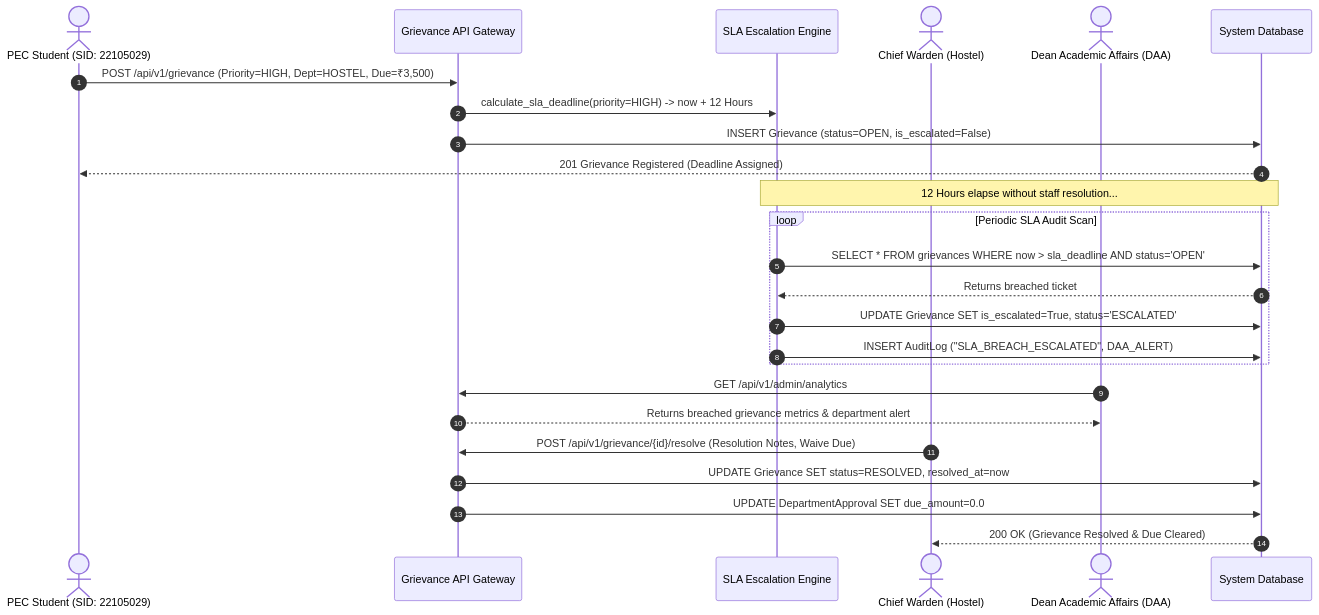
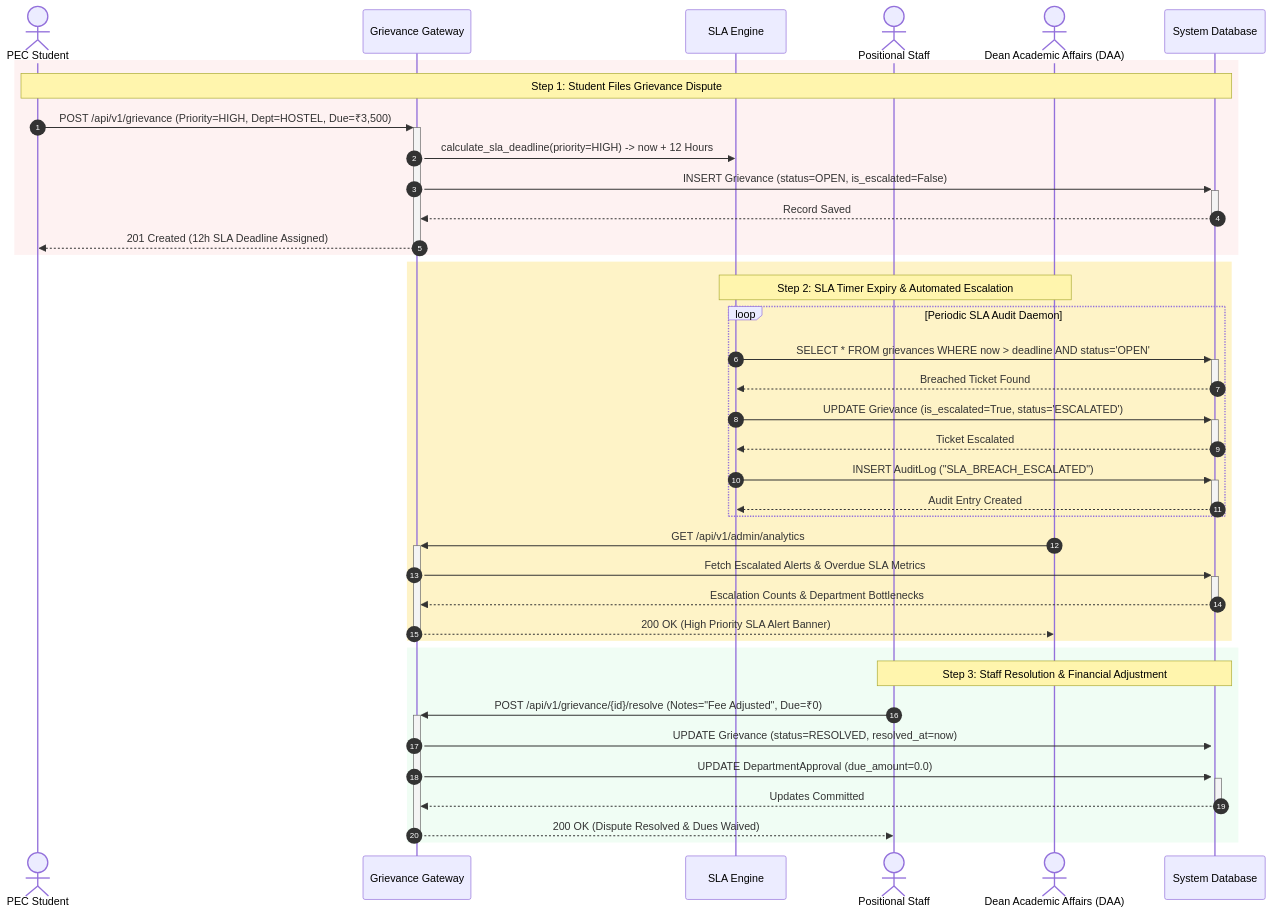
One commit to rags-git/clearance-automation-engine changed the sixth of 9 diagrams in docs/UML_DIAGRAMS.md. Above: the diagram before and after it, drawn with Mermaid. The commit also changed other lines of this file and 1 other file, not shown here.

Commit message:
docs(uml): enhance visual clarity of Sequence Diagrams with grouped colored stages and clean activations

````diff
--- a/docs/UML_DIAGRAMS.md
+++ b/docs/UML_DIAGRAMS.md
@@ -381,32 +406,48 @@
 ```mermaid
 sequenceDiagram
     autonumber
-    actor Student as PEC Student (SID: 22105029)
-    participant API as Grievance API Gateway
-    participant SLA as SLA Escalation Engine
-    actor Warden as Chief Warden (Hostel)
+    actor Student as PEC Student
+    participant API as Grievance Gateway
+    participant SLA as SLA Engine
+    actor Staff as Positional Staff
     actor DAA as Dean Academic Affairs (DAA)
     participant DB as System Database
 
-    Student->>API: POST /api/v1/grievance (Priority=HIGH, Dept=HOSTEL, Due=₹3,500)
-    API->>SLA: calculate_sla_deadline(priority=HIGH) -> now + 12 Hours
-    API->>DB: INSERT Grievance (status=OPEN, is_escalated=False)
-    DB-->>Student: 201 Grievance Registered (Deadline Assigned)
-
-    Note over SLA, DB: 12 Hours elapse without staff resolution...
-
-    loop Periodic SLA Audit Scan
-        SLA->>DB: SELECT * FROM grievances WHERE now > sla_deadline AND status='OPEN'
-        DB-->>SLA: Returns breached ticket
-        SLA->>DB: UPDATE Grievance SET is_escalated=True, status='ESCALATED'
-        SLA->>DB: INSERT AuditLog ("SLA_BREACH_ESCALATED", DAA_ALERT)
+    %% Filing
+    rect rgb(254, 242, 242)
+        Note over Student, DB: Step 1: Student Files Grievance Dispute
+        Student->>+API: POST /api/v1/grievance (Priority=HIGH, Dept=HOSTEL, Due=₹3,500)
+        API->>SLA: calculate_sla_deadline(priority=HIGH) -> now + 12 Hours
+        API->>+DB: INSERT Grievance (status=OPEN, is_escalated=False)
+        DB-->>-API: Record Saved
+        API-->>-Student: 201 Created (12h SLA Deadline Assigned)
     end
 
-    DAA->>API: GET /api/v1/admin/analytics
-    API-->>DAA: Returns breached grievance metrics & department alert
+    %% SLA Breach Loop
+    rect rgb(254, 243, 199)
+        Note over SLA, DAA: Step 2: SLA Timer Expiry & Automated Escalation
+        loop Periodic SLA Audit Daemon
+            SLA->>+DB: SELECT * FROM grievances WHERE now > deadline AND status='OPEN'
+            DB-->>-SLA: Breached Ticket Found
+            SLA->>+DB: UPDATE Grievance (is_escalated=True, status='ESCALATED')
+            DB-->>-SLA: Ticket Escalated
+            SLA->>+DB: INSERT AuditLog ("SLA_BREACH_ESCALATED")
+            DB-->>-SLA: Audit Entry Created
+        end
 
-    Warden->>API: POST /api/v1/grievance/{id}/resolve (Resolution Notes, Waive Due)
-    API->>DB: UPDATE Grievance SET status=RESOLVED, resolved_at=now
-    API->>DB: UPDATE DepartmentApproval SET due_amount=0.0
-    DB-->>Warden: 200 OK (Grievance Resolved & Due Cleared)
+        DAA->>+API: GET /api/v1/admin/analytics
+        API->>+DB: Fetch Escalated Alerts & Overdue SLA Metrics
+        DB-->>-API: Escalation Counts & Department Bottlenecks
+        API-->>-DAA: 200 OK (High Priority SLA Alert Banner)
+    end
+
+    %% Resolution
+    rect rgb(240, 253, 244)
+        Note over Staff, DB: Step 3: Staff Resolution & Financial Adjustment
+        Staff->>+API: POST /api/v1/grievance/{id}/resolve (Notes="Fee Adjusted", Due=₹0)
+        API->>+DB: UPDATE Grievance (status=RESOLVED, resolved_at=now)
+        API->>+DB: UPDATE DepartmentApproval (due_amount=0.0)
+        DB-->>-API: Updates Committed
+        API-->>-Staff: 200 OK (Dispute Resolved & Dues Waived)
+    end
 ```
````
